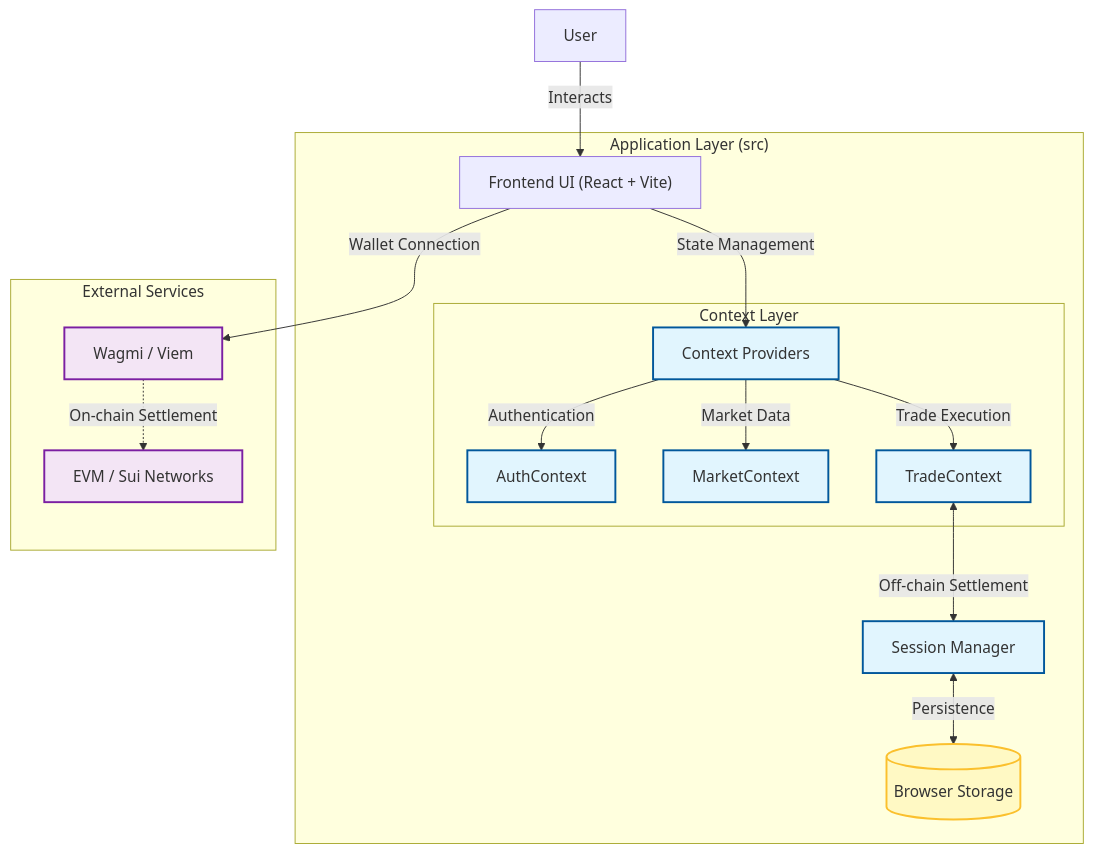
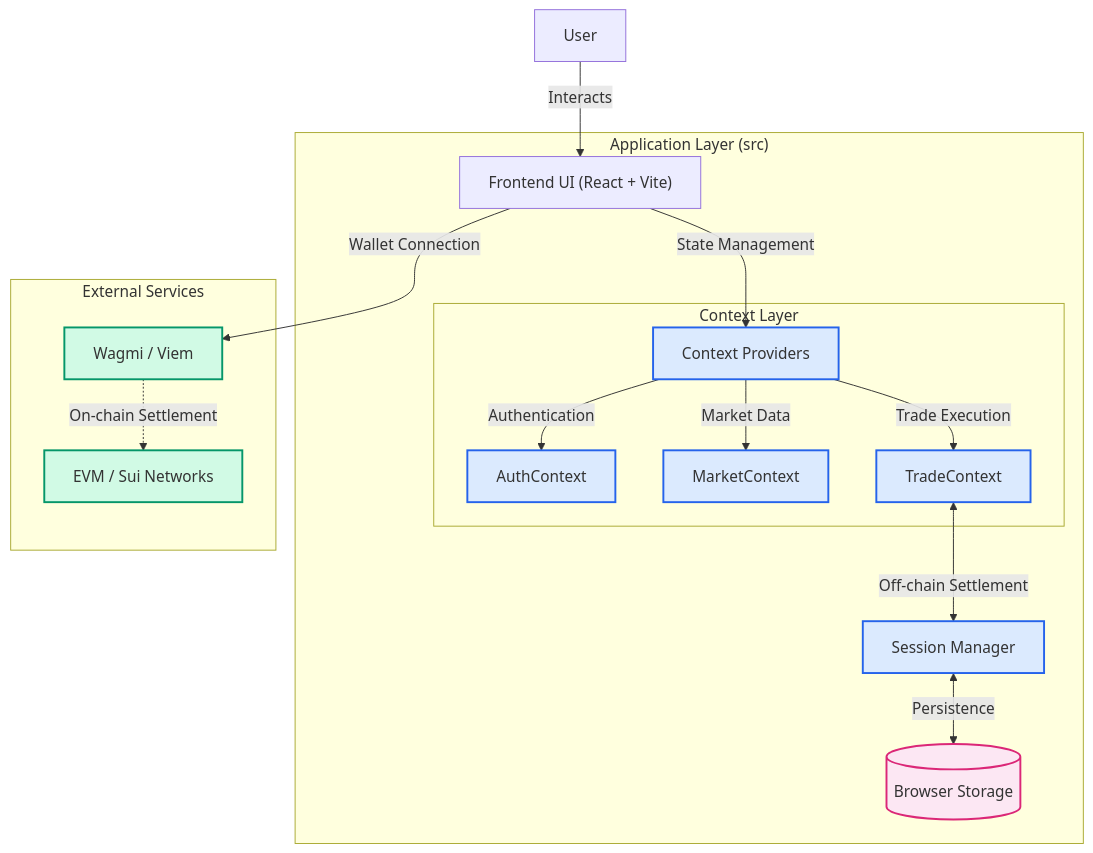
One commit to Gokul-social/ScoutX changed the first of 2 diagrams in README.md. Above: the diagram before and after it, drawn with Mermaid. The commit also changed other lines of this file, not shown here.

````diff
--- a/README.md
+++ b/README.md
@@ -11,30 +11,30 @@
 ```mermaid
 graph TD
     User[User] -->|Interacts| UI["Frontend UI (React + Vite)"]
-    
+
     subgraph "Application Layer (src)"
         UI -->|State Management| Context[Context Providers]
-        
+
         subgraph "Context Layer"
             Context -->|Authentication| AuthCtx[AuthContext]
             Context -->|Market Data| MarketCtx[MarketContext]
             Context -->|Trade Execution| TradeCtx[TradeContext]
         end
-        
+
         TradeCtx <-->|Off-chain Settlement| SessionMgr[Session Manager]
         SessionMgr <-->|Persistence| LocalStore[("Browser Storage")]
     end
-    
+
     subgraph "External Services"
         UI -->|Wallet Connection| Wagmi["Wagmi / Viem"]
         Wagmi -.->|On-chain Settlement| Blockchain["EVM / Sui Networks"]
     end
 
-    classDef core fill:#e1f5fe,stroke:#01579b,stroke-width:2px;
-    classDef storage fill:#fff9c4,stroke:#fbc02d,stroke-width:2px;
-    classDef external fill:#f3e5f5,stroke:#7b1fa2,stroke-width:2px;
-    
+    classDef core fill:#dbeafe,stroke:#2563eb,stroke-width:2px;
+    classDef storage fill:#fce7f3,stroke:#db2777,stroke-width:2px;
+    classDef external fill:#d1fae5,stroke:#059669,stroke-width:2px;
+
     class SessionMgr,Context,AuthCtx,MarketCtx,TradeCtx core;
     class LocalStore storage;
     class Wagmi,Blockchain external;
 ```
````
